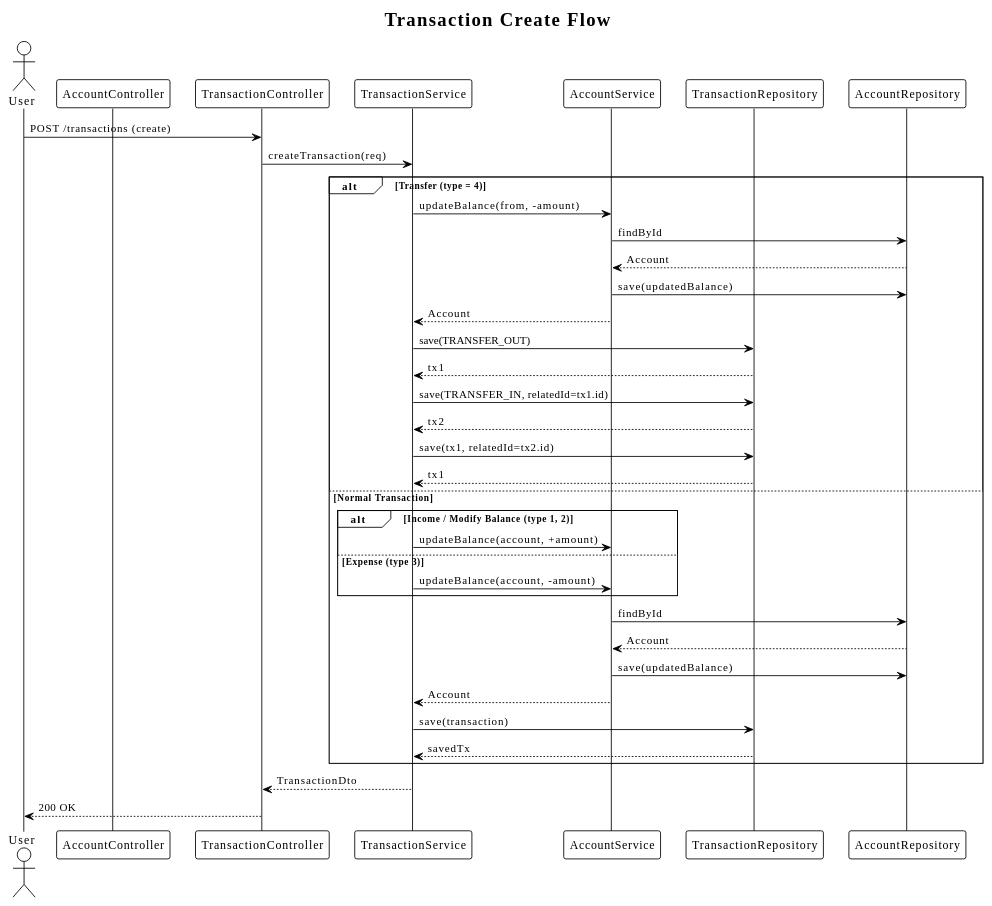
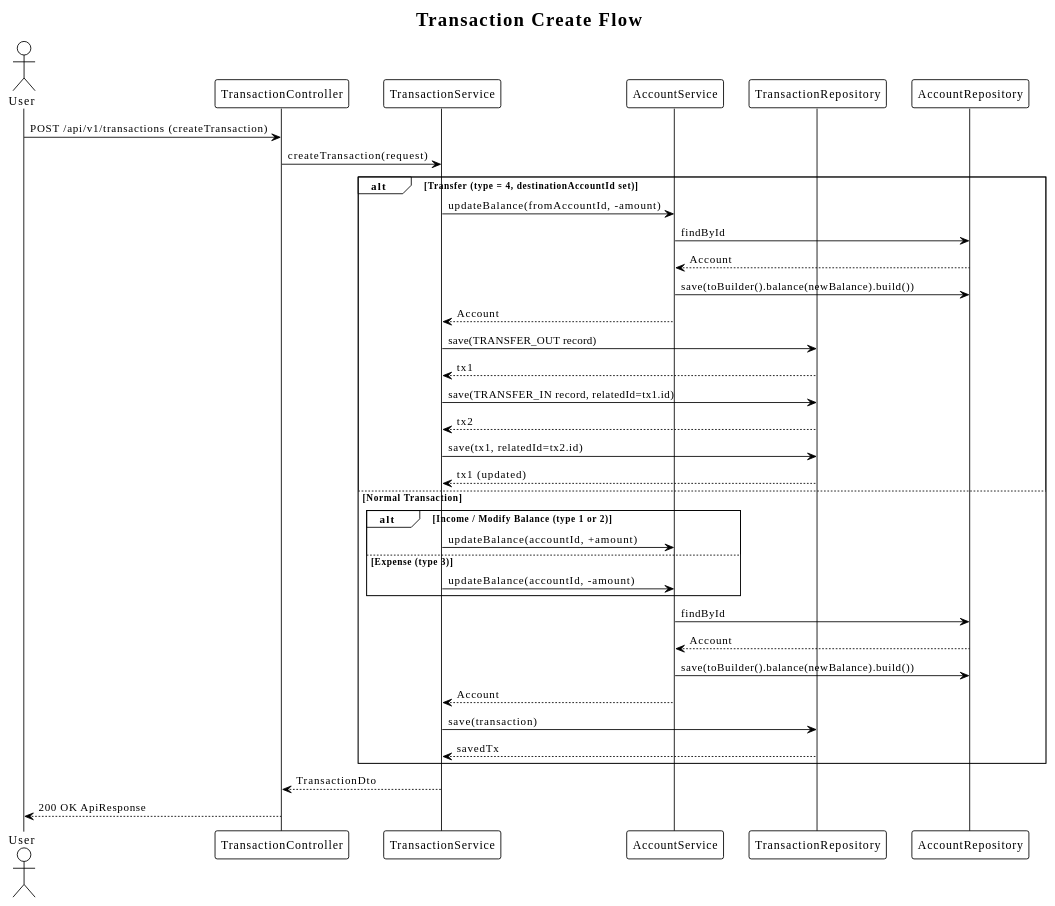
The third of 11 diagrams in docs/OOD.md (jcwhmn/bookkeeping), drawn with PlantUML before and after one commit. The commit also changed other lines of this file, not shown here.

First line of the commit message:
fix(docs): rewrite OOD diagrams — fix PlantUML parse errors

````diff
--- a/docs/OOD.md
+++ b/docs/OOD.md
@@ -255,54 +255,53 @@
 ```plantuml
 @startuml
 !theme plain
 
 title Transaction Create Flow
 
 actor User
-participant "AccountController" as AC
 participant "TransactionController" as TC
 participant "TransactionService" as TS
 participant "AccountService" as AS
 participant "TransactionRepository" as TR
 participant "AccountRepository" as AR
 
-User -> TC : POST /transactions (create)
-TC -> TS : createTransaction(req)
+User -> TC : POST /api/v1/transactions (createTransaction)
+TC -> TS : createTransaction(request)
 
-alt Transfer (type = 4)
-    TS -> AS : updateBalance(from, -amount)
+alt Transfer (type = 4, destinationAccountId set)
+    TS -> AS : updateBalance(fromAccountId, -amount)
     AS -> AR : findById
     AR --> AS : Account
-    AS -> AR : save(updatedBalance)
+    AS -> AR : save(toBuilder().balance(newBalance).build())
     AS --> TS : Account
 
-    TS -> TR : save(TRANSFER_OUT)
+    TS -> TR : save(TRANSFER_OUT record)
     TR --> TS : tx1
 
-    TS -> TR : save(TRANSFER_IN, relatedId=tx1.id)
+    TS -> TR : save(TRANSFER_IN record, relatedId=tx1.id)
     TR --> TS : tx2
 
     TS -> TR : save(tx1, relatedId=tx2.id)
-    TR --> TS : tx1
+    TR --> TS : tx1 (updated)
 
 else Normal Transaction
-    alt Income / Modify Balance (type 1, 2)
-        TS -> AS : updateBalance(account, +amount)
+    alt Income / Modify Balance (type 1 or 2)
+        TS -> AS : updateBalance(accountId, +amount)
     else Expense (type 3)
-        TS -> AS : updateBalance(account, -amount)
+        TS -> AS : updateBalance(accountId, -amount)
     end
 
     AS -> AR : findById
     AR --> AS : Account
-    AS -> AR : save(updatedBalance)
+    AS -> AR : save(toBuilder().balance(newBalance).build())
     AS --> TS : Account
 
     TS -> TR : save(transaction)
     TR --> TS : savedTx
 end
 
 TS --> TC : TransactionDto
-TC --> User : 200 OK
+TC --> User : 200 OK ApiResponse
 
 @enduml
 ```
````
